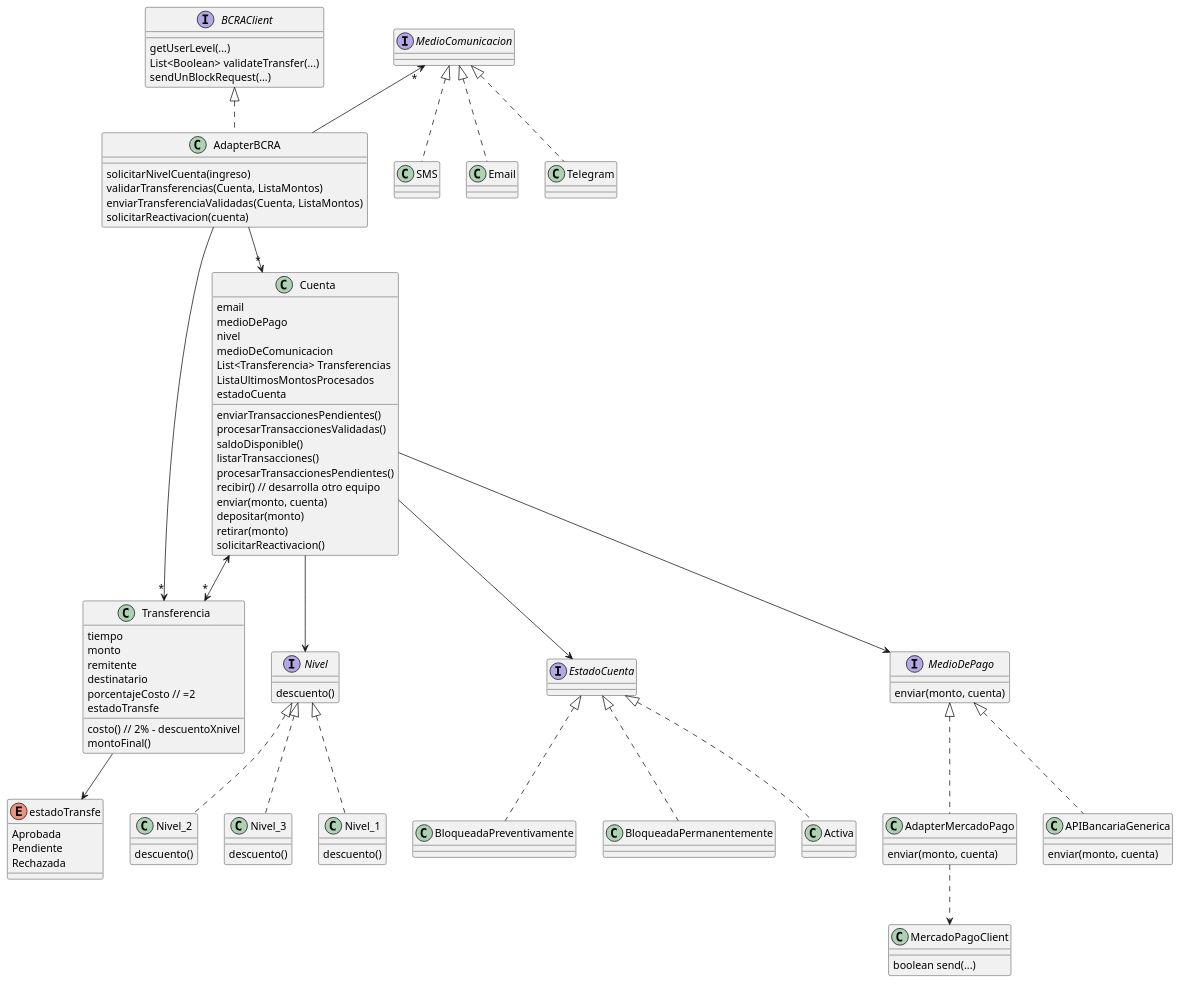
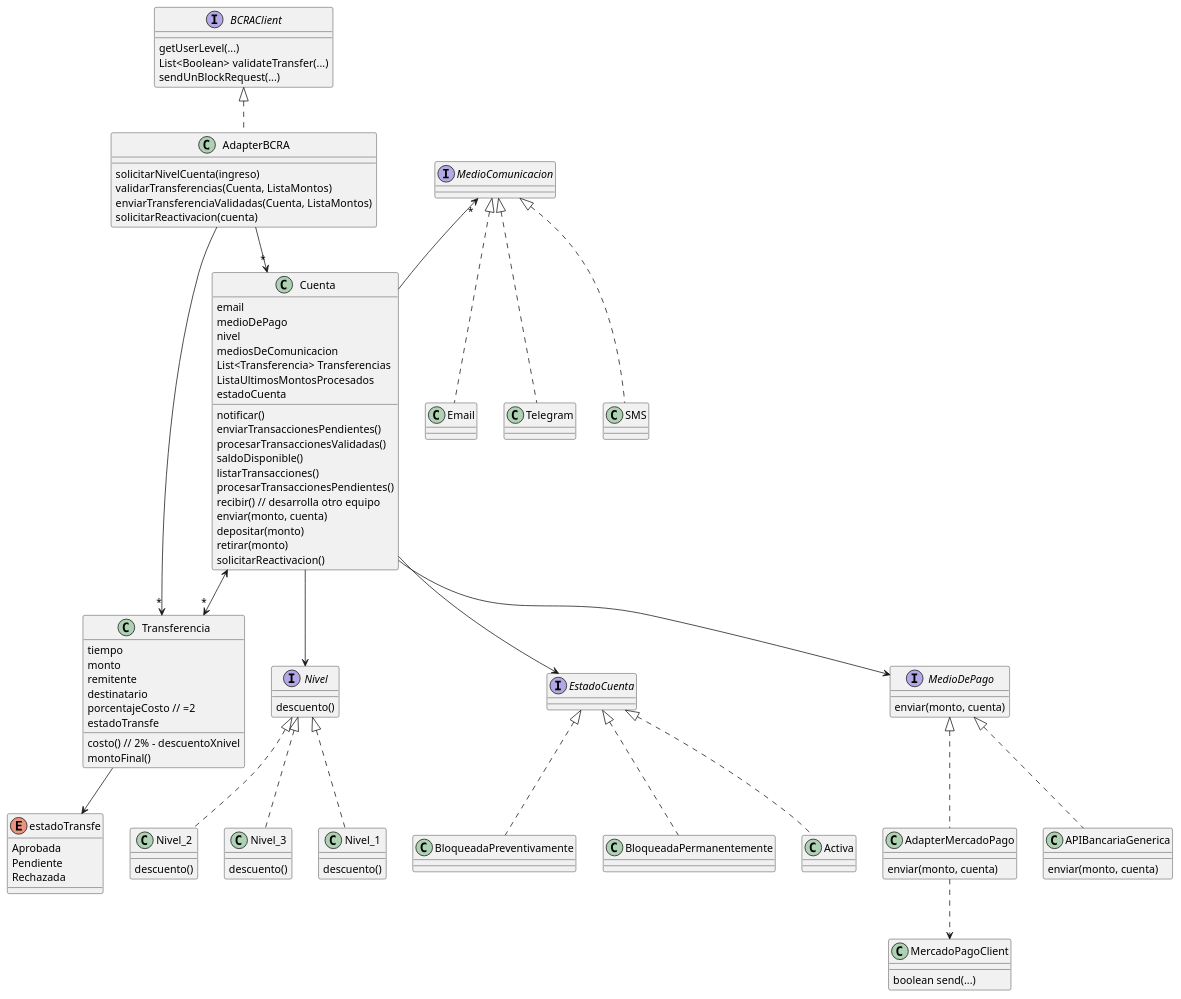
The diagram in src/main/java/1er Parcial Posta/1er Parcial.puml (NicolasOcchi/DDS-1ros-Parciales), drawn with PlantUML before and after one commit. The commit also changed 1 other file, not shown here.

```diff
--- a/src/main/java/1er Parcial Posta/1er Parcial.puml
+++ b/src/main/java/1er Parcial Posta/1er Parcial.puml
@@ -1,110 +1,111 @@
 @startuml
 class Cuenta{
 email
 medioDePago
 nivel
-medioDeComunicacion
+mediosDeComunicacion
 List<Transferencia> Transferencias
 ListaUltimosMontosProcesados
 estadoCuenta
+notificar()
 enviarTransaccionesPendientes()
 procesarTransaccionesValidadas()
 saldoDisponible()
 listarTransacciones()
 procesarTransaccionesPendientes()
 recibir() // desarrolla otro equipo
 enviar(monto, cuenta)
 depositar(monto)
 retirar(monto)
 solicitarReactivacion()
 }
 
 Cuenta --> MedioDePago
 Cuenta <-->"*" Transferencia
 Cuenta --> Nivel
 Cuenta --> EstadoCuenta
 
 interface Nivel{
 descuento()
 }
 
 class Nivel_1 implements Nivel{
 descuento()
 }
 class Nivel_2 implements Nivel{
 descuento()
 }
 class Nivel_3 implements Nivel{
 descuento()
 }
 
 interface MedioDePago{
 enviar(monto, cuenta)
 }
 
 class APIBancariaGenerica implements MedioDePago {
 enviar(monto, cuenta)
 }
 
 class AdapterMercadoPago implements MedioDePago{
 enviar(monto, cuenta)
 }
 AdapterMercadoPago ..> MercadoPagoClient
 
 class MercadoPagoClient{
 boolean send(...)
 }
 
 class Transferencia{
 tiempo
 monto
 remitente
 destinatario
 porcentajeCosto // =2
 costo() // 2% - descuentoXnivel
 montoFinal()
 estadoTransfe
 }
 
 Transferencia --> estadoTransfe
 
 enum estadoTransfe{
 Aprobada
 Pendiente
 Rechazada
 }
 
 interface EstadoCuenta{
 }
 
 class Activa implements EstadoCuenta{}
 class BloqueadaPreventivamente implements EstadoCuenta{}
 class BloqueadaPermanentemente implements EstadoCuenta{}
 
 interface BCRAClient{
 getUserLevel(...)
 List<Boolean> validateTransfer(...)
 sendUnBlockRequest(...)
 }
 
 class AdapterBCRA implements BCRAClient{
 solicitarNivelCuenta(ingreso)
 validarTransferencias(Cuenta, ListaMontos)
 enviarTransferenciaValidadas(Cuenta, ListaMontos)
 solicitarReactivacion(cuenta)
 }
 
 AdapterBCRA -->"*" Transferencia
 AdapterBCRA -->"*" Cuenta
 
-MedioComunicacion "*"<-- AdapterBCRA
+MedioComunicacion "*"<-- Cuenta
 
 interface MedioComunicacion{
 
 }
 
 class Telegram implements MedioComunicacion{}
 class SMS implements MedioComunicacion{}
 class Email implements MedioComunicacion{}
 
 @enduml
```
